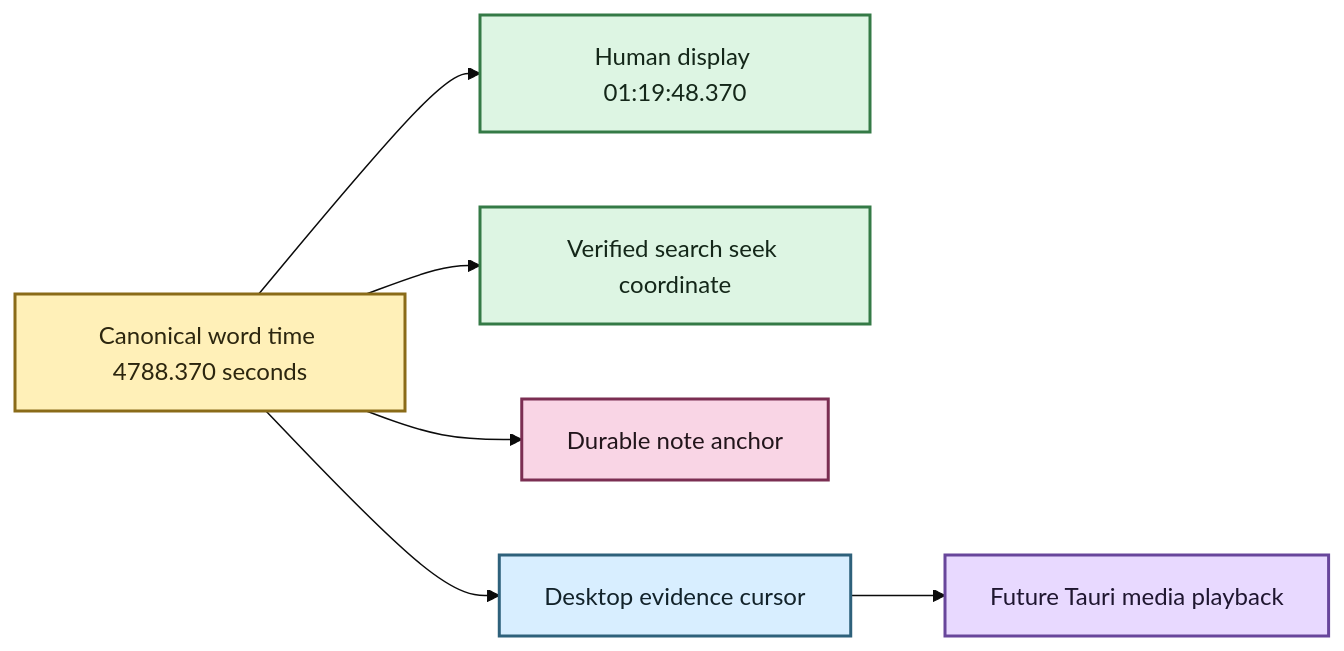
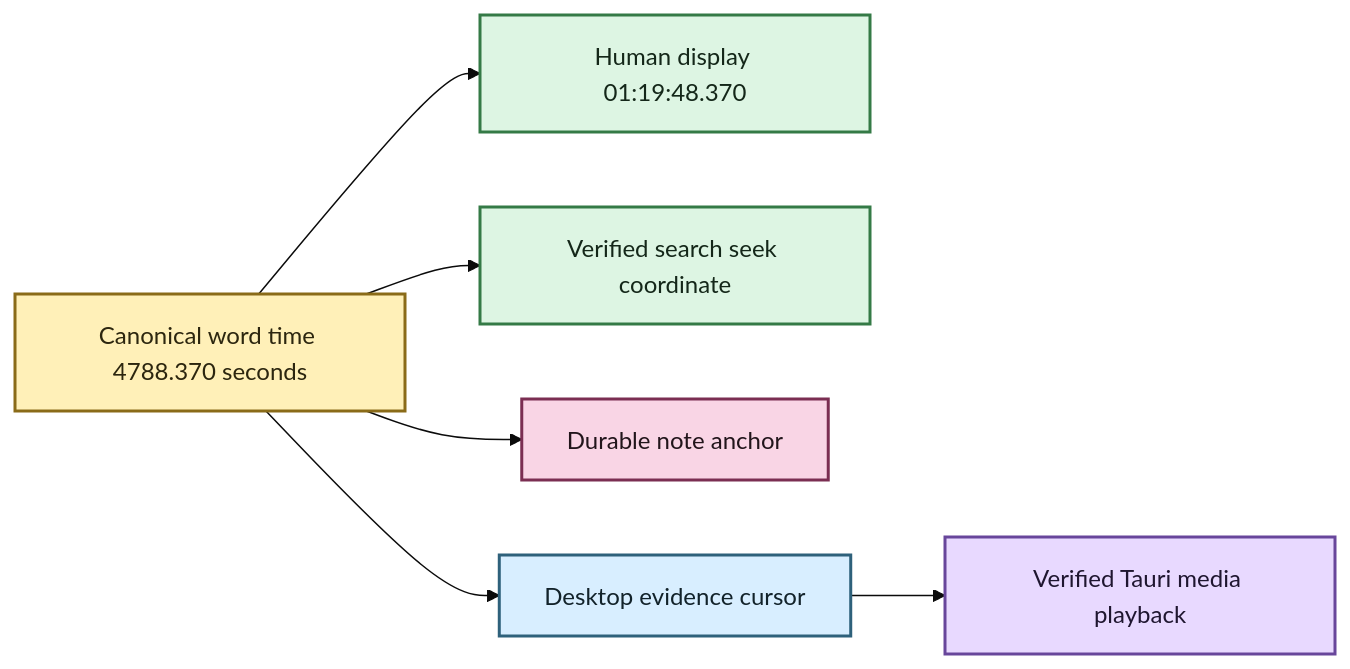
One commit to SSD1805/EchoFlow changed the first of 2 diagrams in docs/time-navigation.md. Above: the diagram before and after it, drawn with Mermaid (base theme). The commit also changed other lines of this file, not shown here.

Commit message:
docs(playback): update source-relative time navigation

````diff
--- a/docs/time-navigation.md
+++ b/docs/time-navigation.md
@@ -28,20 +28,20 @@
 ```mermaid
 flowchart LR
     A[Canonical word time 4788.370 seconds] --> B[Human display 01:19:48.370]
     A --> C[Verified search seek coordinate]
     A --> D[Durable note anchor]
     A --> E[Desktop evidence cursor]
-    E --> F[Future Tauri media playback]
+    E --> F[Verified Tauri media playback]
 
     classDef evidence fill:#FFF0B8,stroke:#8A6B18,stroke-width:2px,color:#2C260F
     classDef view fill:#DDF5E3,stroke:#347A46,stroke-width:2px,color:#142719
     classDef source fill:#F9D5E5,stroke:#7B2E52,stroke-width:2px,color:#22151B
     classDef inspect fill:#D8EEFF,stroke:#2E617B,stroke-width:2px,color:#12222A
     classDef process fill:#E8D9FF,stroke:#68469B,stroke-width:2px,color:#1F1630
 
     class A evidence
     class B,C view
     class D source
     class E inspect
     class F process
 ```
````
